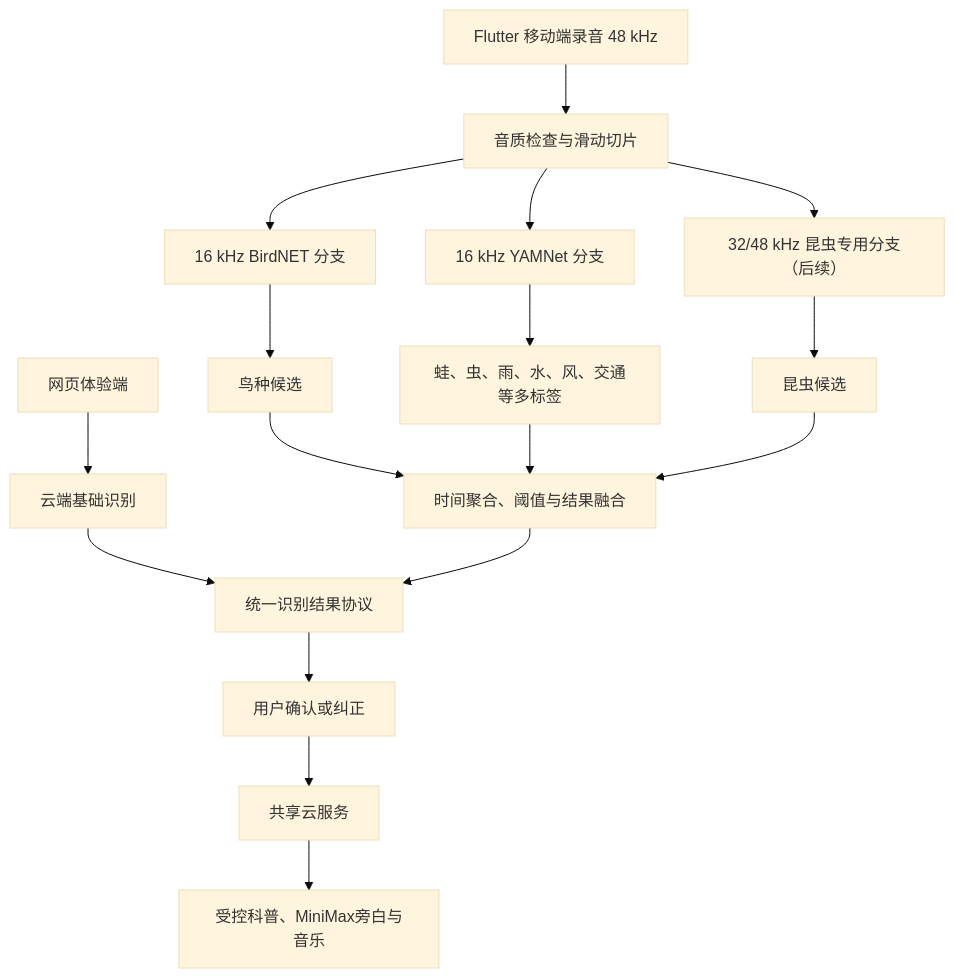
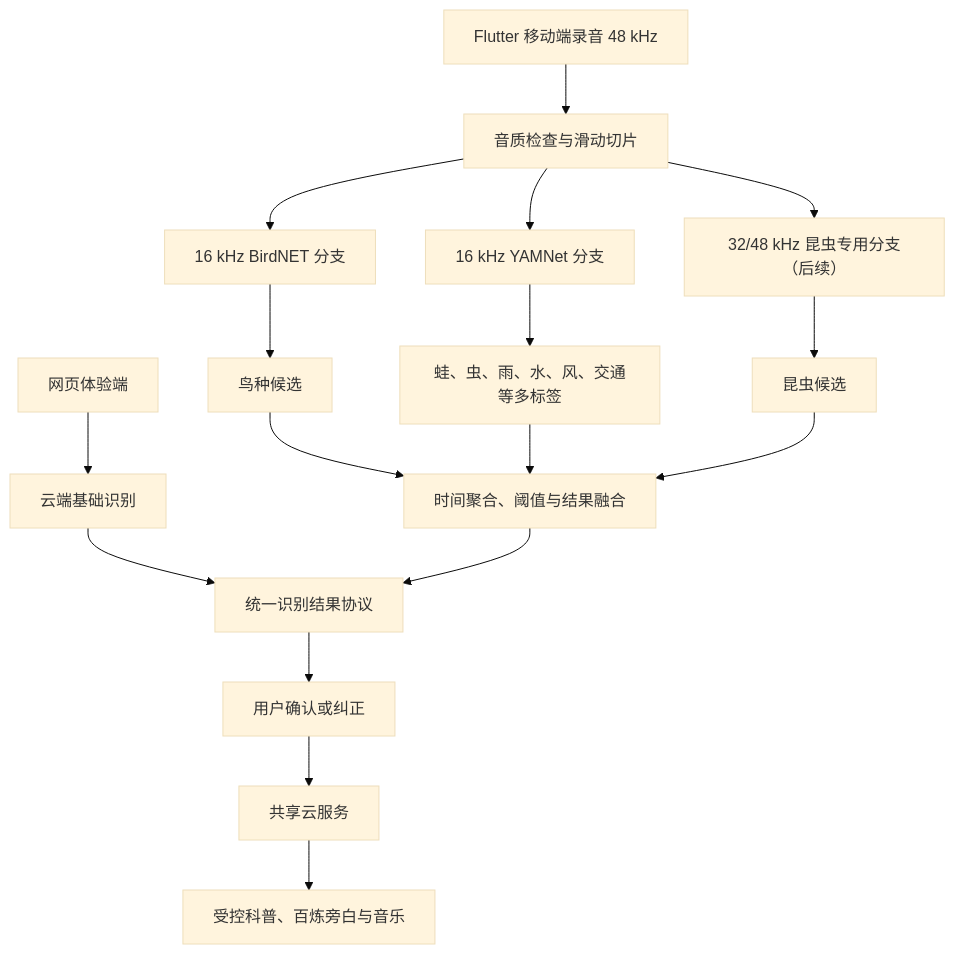
The diagram in docs/plan/mobile.md (gqy20/nature-sound-detective), drawn with Mermaid (base theme) before and after one commit. The commit also changed other lines of this file and 120 other files, not shown here.

````diff
--- a/docs/plan/mobile.md
+++ b/docs/plan/mobile.md
@@ -145,19 +145,19 @@
 ```mermaid
 flowchart TD
     W["网页体验端"] --> WA["云端基础识别"]
     WA --> R["统一识别结果协议"]
     A["Flutter 移动端录音 48 kHz"] --> B["音质检查与滑动切片"]
     B --> C["16 kHz BirdNET 分支"]
     B --> D["16 kHz YAMNet 分支"]
     B --> E["32/48 kHz 昆虫专用分支（后续）"]
     C --> F["鸟种候选"]
     D --> G["蛙、虫、雨、水、风、交通等多标签"]
     E --> H["昆虫候选"]
     F --> I["时间聚合、阈值与结果融合"]
     G --> I
     H --> I
     I --> R
     R --> J["用户确认或纠正"]
     J --> L["共享云服务"]
-    L --> M["受控科普、MiniMax旁白与音乐"]
+    L --> M["受控科普、百炼旁白与音乐"]
 ```
````
